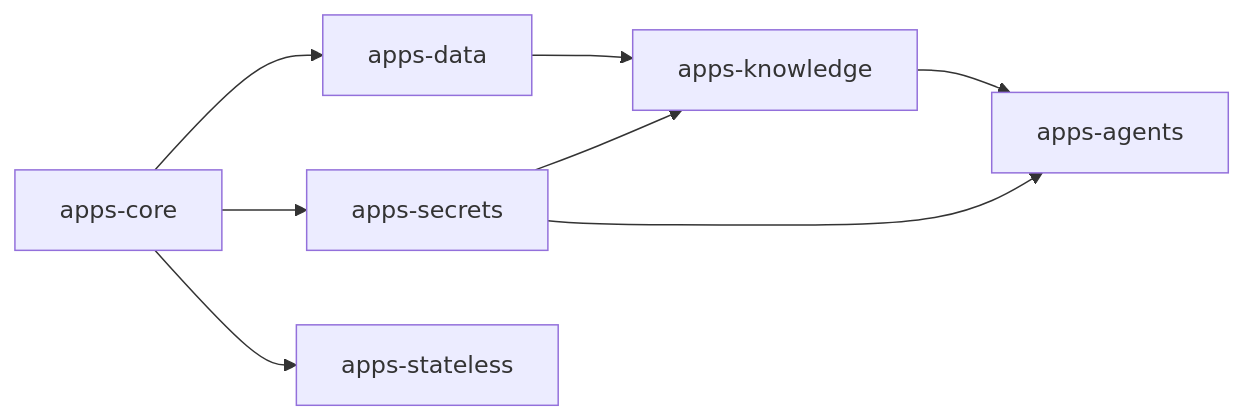
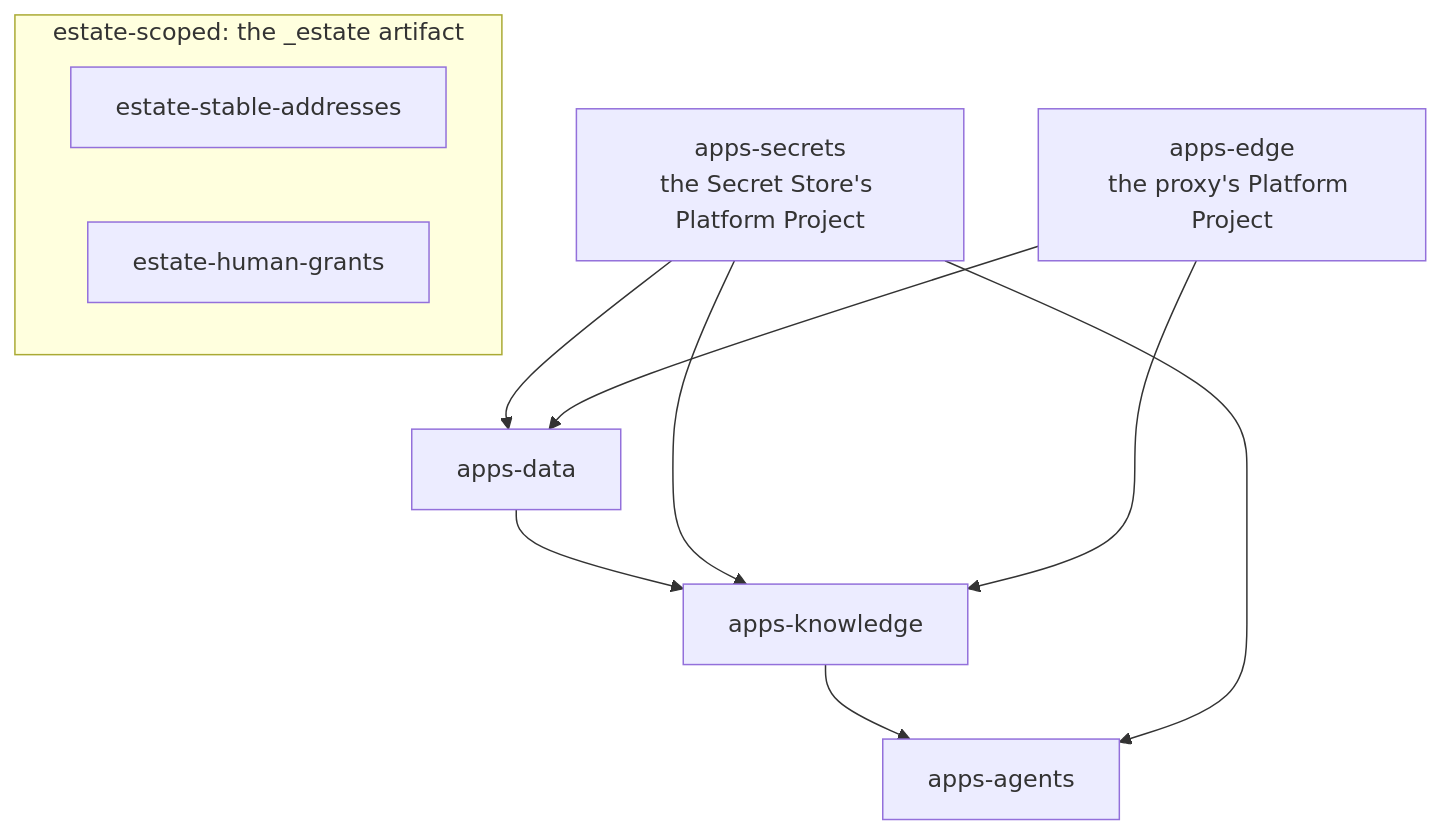
One commit to JorisJonkers-dev/deploy-kit changed the third of 3 diagrams in spec/v1/20-resolved-deployment.md. Above: the diagram before and after it, drawn with Mermaid. The commit also changed 1 other file, not shown here.

Commit message:
docs(spec): redraw the Reconcile Unit DAG with the Platform Projects and the estate-scoped units

````diff
--- a/spec/v1/20-resolved-deployment.md
+++ b/spec/v1/20-resolved-deployment.md
@@ -2417,10 +2417,14 @@
 ```mermaid
-flowchart LR
-    core["apps-core"] --> vso["apps-secrets"]
-    core --> data["apps-data"]
-    core --> sl["apps-stateless"]
+flowchart TB
+    vso["apps-secrets<br/>the Secret Store's Platform Project"] --> data["apps-data"]
+    edge["apps-edge<br/>the proxy's Platform Project"] --> data
     data --> know["apps-knowledge"]
     vso --> know
+    edge --> know
     know --> agents["apps-agents"]
     vso --> agents
+    subgraph estate["estate-scoped: the _estate artifact"]
+      sa["estate-stable-addresses"]
+      hg["estate-human-grants"]
+    end
 ```
````
